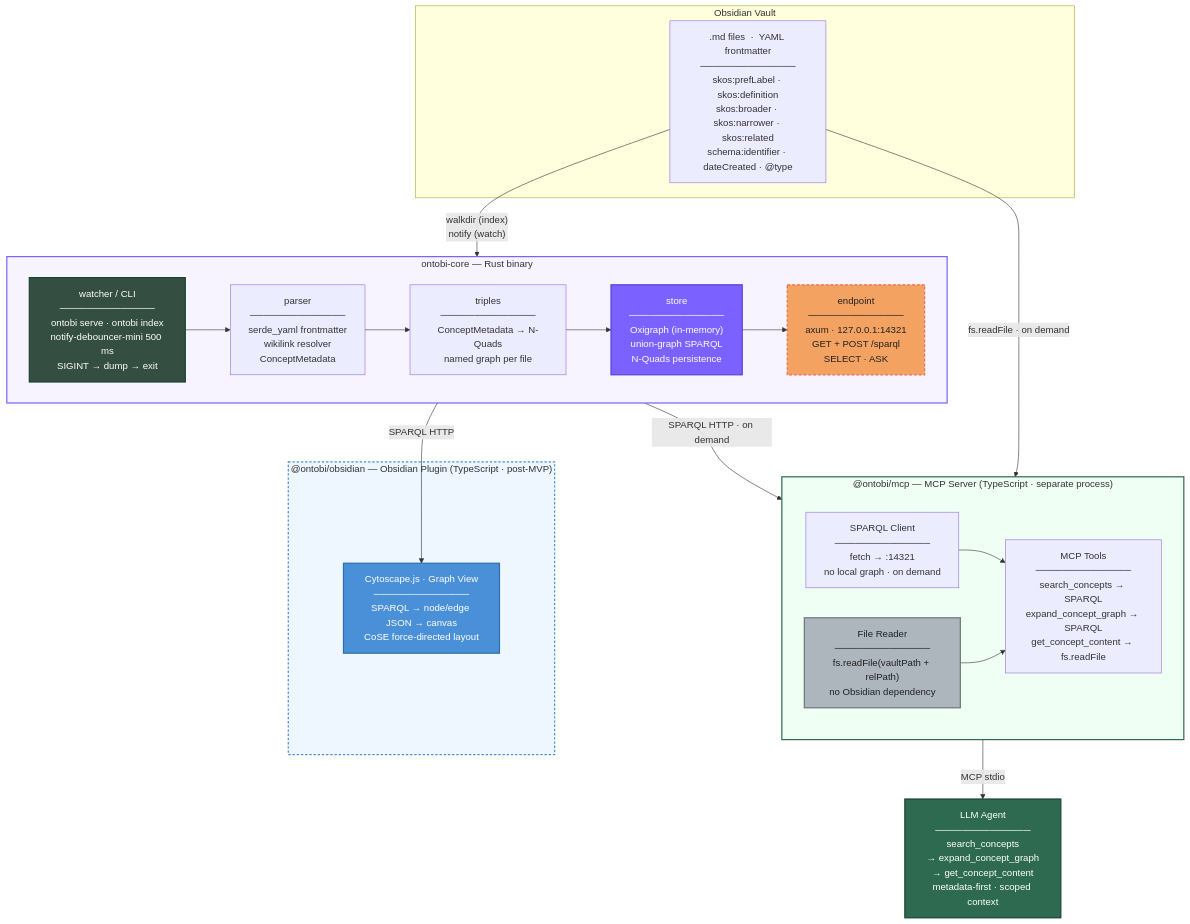
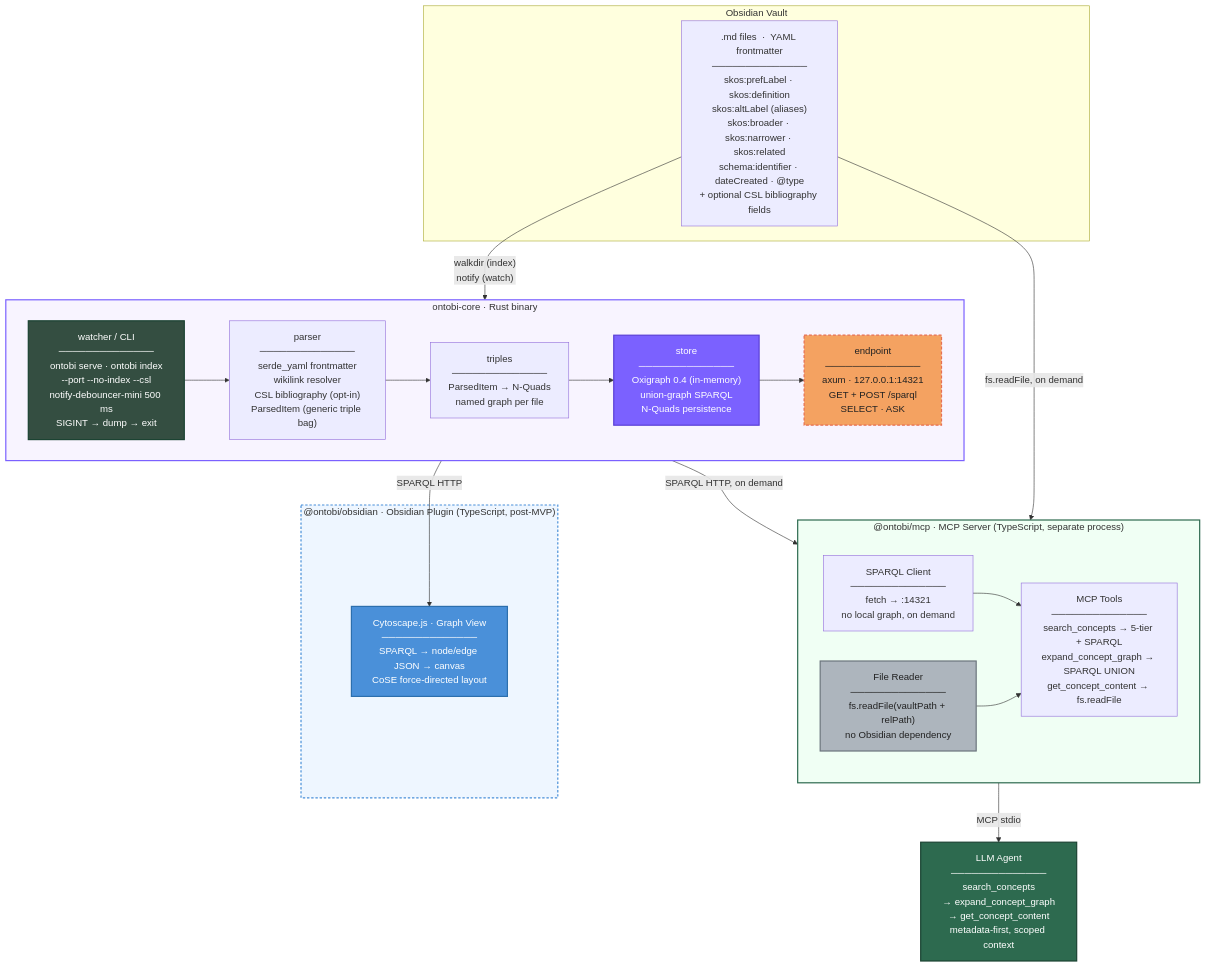
Before and after one commit to aTigar/ontobi: the diagram in docs/ARCHITECTURE.md, drawn with Mermaid. The commit also changed other lines of this file and 2 other files, not shown here.

First line of the commit message:
docs: sync README and architecture with current search engine, CSL support, and CIIT-2026 paper

````diff
--- a/docs/ARCHITECTURE.md
+++ b/docs/ARCHITECTURE.md
@@ -5,48 +5,48 @@
 ```mermaid
 flowchart TB
 
     subgraph VAULT["Obsidian Vault"]
-        MD[".md files  ·  YAML frontmatter<br/>──────────────<br/>skos:prefLabel · skos:definition<br/>skos:broader · skos:narrower · skos:related<br/>schema:identifier · dateCreated · @type"]
+        MD[".md files  ·  YAML frontmatter<br/>──────────────<br/>skos:prefLabel · skos:definition<br/>skos:altLabel (aliases)<br/>skos:broader · skos:narrower · skos:related<br/>schema:identifier · dateCreated · @type<br/>+ optional CSL bibliography fields"]
     end
 
-    subgraph CORE["ontobi-core  —  Rust binary"]
+    subgraph CORE["ontobi-core  ·  Rust binary"]
         direction LR
-        WATCHER["watcher / CLI<br/>──────────────<br/>ontobi serve · ontobi index<br/>notify-debouncer-mini 500 ms<br/>SIGINT → dump → exit"]
-        PARSER["parser<br/>──────────────<br/>serde_yaml frontmatter<br/>wikilink resolver<br/>ConceptMetadata"]
-        TRIPLES["triples<br/>──────────────<br/>ConceptMetadata → N-Quads<br/>named graph per file"]
-        STORE["store<br/>──────────────<br/>Oxigraph (in-memory)<br/>union-graph SPARQL<br/>N-Quads persistence"]
+        WATCHER["watcher / CLI<br/>──────────────<br/>ontobi serve · ontobi index<br/>--port --no-index --csl<br/>notify-debouncer-mini 500 ms<br/>SIGINT → dump → exit"]
+        PARSER["parser<br/>──────────────<br/>serde_yaml frontmatter<br/>wikilink resolver<br/>CSL bibliography (opt-in)<br/>ParsedItem (generic triple bag)"]
+        TRIPLES["triples<br/>──────────────<br/>ParsedItem → N-Quads<br/>named graph per file"]
+        STORE["store<br/>──────────────<br/>Oxigraph 0.4 (in-memory)<br/>union-graph SPARQL<br/>N-Quads persistence"]
         ENDPOINT["endpoint<br/>──────────────<br/>axum · 127.0.0.1:14321<br/>GET + POST /sparql<br/>SELECT · ASK"]
         WATCHER --> PARSER --> TRIPLES --> STORE --> ENDPOINT
     end
 
-    subgraph MCP["@ontobi/mcp  —  MCP Server (TypeScript · separate process)"]
+    subgraph MCP["@ontobi/mcp  ·  MCP Server (TypeScript, separate process)"]
         direction LR
-        SPARQL_CLIENT["SPARQL Client<br/>──────────────<br/>fetch → :14321<br/>no local graph · on demand"]
+        SPARQL_CLIENT["SPARQL Client<br/>──────────────<br/>fetch → :14321<br/>no local graph, on demand"]
         FILE_READER["File Reader<br/>──────────────<br/>fs.readFile(vaultPath + relPath)<br/>no Obsidian dependency"]
-        TOOLS["MCP Tools<br/>──────────────<br/>search_concepts → SPARQL<br/>expand_concept_graph → SPARQL<br/>get_concept_content → fs.readFile"]
+        TOOLS["MCP Tools<br/>──────────────<br/>search_concepts → 5-tier + SPARQL<br/>expand_concept_graph → SPARQL UNION<br/>get_concept_content → fs.readFile"]
         SPARQL_CLIENT --> TOOLS
         FILE_READER --> TOOLS
     end
 
-    subgraph PLUGIN["@ontobi/obsidian  —  Obsidian Plugin (TypeScript · post-MVP)"]
+    subgraph PLUGIN["@ontobi/obsidian  ·  Obsidian Plugin (TypeScript, post-MVP)"]
         OBS_VIZ["Cytoscape.js · Graph View<br/>──────────────<br/>SPARQL → node/edge JSON → canvas<br/>CoSE force-directed layout"]
     end
 
-    AGENT["LLM Agent<br/>──────────────<br/>search_concepts<br/>→ expand_concept_graph<br/>→ get_concept_content<br/>metadata-first · scoped context"]
+    AGENT["LLM Agent<br/>──────────────<br/>search_concepts<br/>→ expand_concept_graph<br/>→ get_concept_content<br/>metadata-first, scoped context"]
 
     MD -- "walkdir (index)<br/>notify (watch)" --> WATCHER
-    MD -- "fs.readFile · on demand" --> FILE_READER
-    ENDPOINT -- "SPARQL HTTP · on demand" --> SPARQL_CLIENT
+    MD -- "fs.readFile, on demand" --> FILE_READER
+    ENDPOINT -- "SPARQL HTTP, on demand" --> SPARQL_CLIENT
     ENDPOINT -- "SPARQL HTTP" --> OBS_VIZ
     TOOLS -- "MCP stdio" --> AGENT
 
     style AGENT         fill:#2d6a4f,color:#fff,stroke:#1b4332,stroke-width:2px
     style STORE         fill:#7b61ff,color:#fff,stroke:#5a3fd6,stroke-width:2px
     style ENDPOINT      fill:#f4a261,color:#222,stroke:#e76f51,stroke-width:2px,stroke-dasharray:5 3
     style WATCHER       fill:#344e41,color:#fff,stroke:#1b4332,stroke-width:2px
     style OBS_VIZ       fill:#4a90d9,color:#fff,stroke:#2c6fad,stroke-width:2px
     style FILE_READER   fill:#adb5bd,color:#222,stroke:#6c757d,stroke-width:2px
     style PLUGIN        fill:#eef6ff,stroke:#4a90d9,stroke-width:2px,stroke-dasharray:4 3
     style CORE          fill:#f8f4ff,stroke:#7b61ff,stroke-width:2px
     style MCP           fill:#f0fff4,stroke:#2d6a4f,stroke-width:2px
 ```
````
